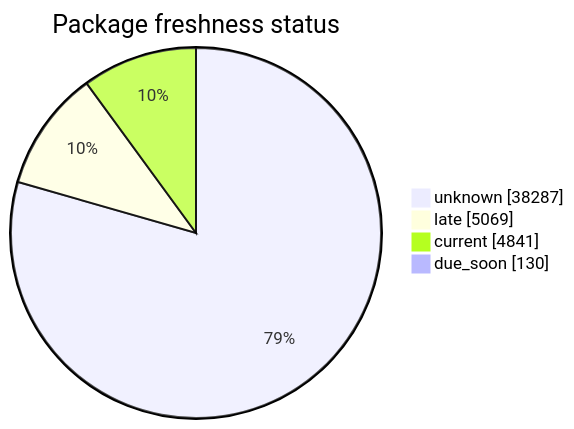
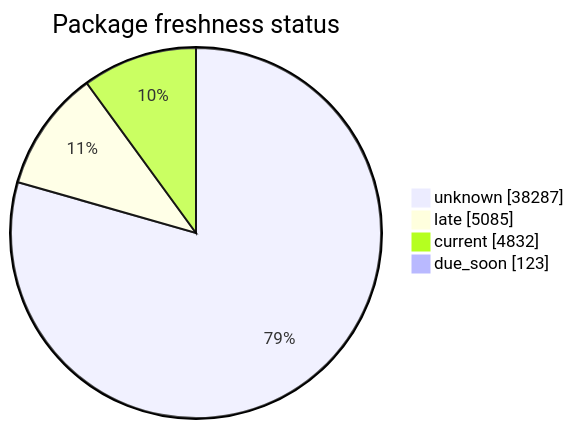
The second of 5 diagrams in FreshCheck/README.md (open-data/analytics-corporate-reporting), drawn with Mermaid before and after one commit. The commit also changed other lines of this file and 3 other files, not shown here.

````diff
--- a/FreshCheck/README.md
+++ b/FreshCheck/README.md
@@ -68,7 +68,7 @@
 ```mermaid
 pie showData title Package freshness status
     "unknown": 38287
-    "late": 5069
-    "current": 4841
-    "due_soon": 130
+    "late": 5085
+    "current": 4832
+    "due_soon": 123
 ```
````
